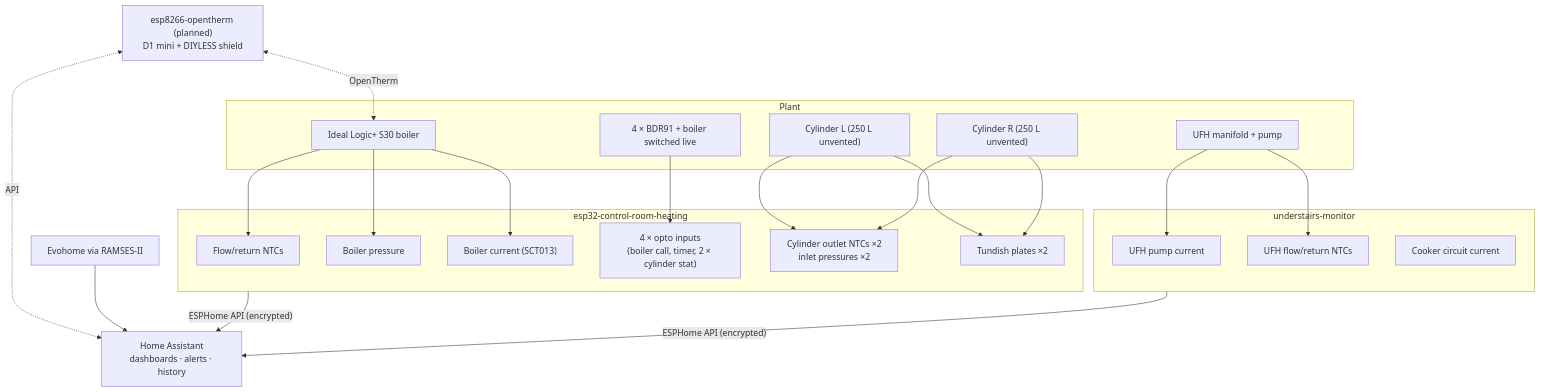
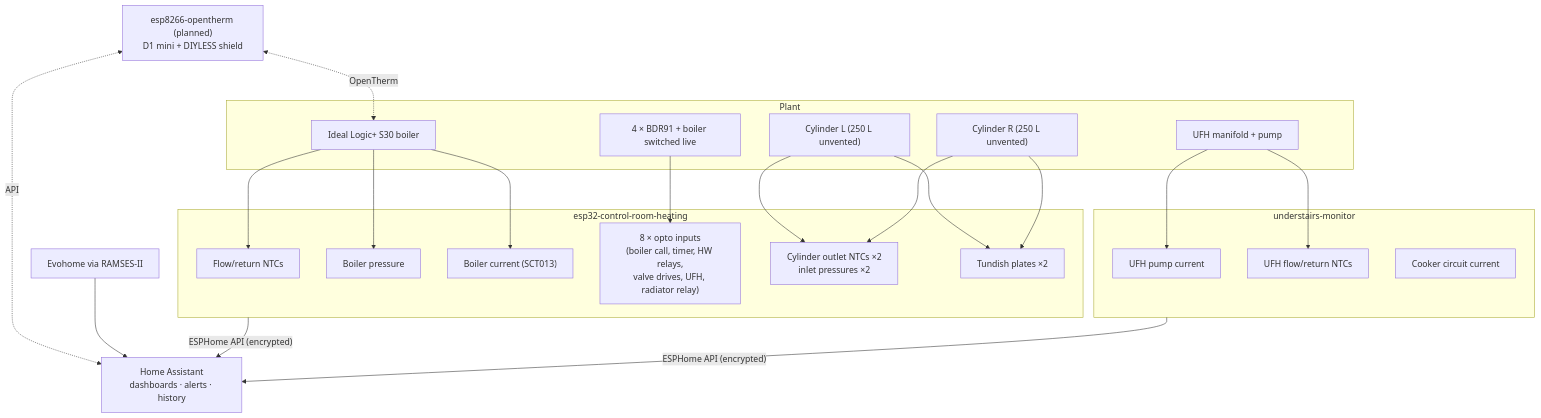
The diagram in README.md (the-control-cabinet/heating-plant-monitoring-esphome), drawn with Mermaid before and after one commit. The commit also changed other lines of this file and 7 other files, not shown here.

Commit message:
Batch 2: gateway RF stall investigation and watchdog, opto board 8 inputs and tray v2, NTC filters, F1 evidence, ESPHome 2026.10.2, AiMesh records

````diff
--- a/README.md
+++ b/README.md
@@ -49,31 +49,31 @@
 ```mermaid
 flowchart TB
     subgraph PLANT["Plant"]
         B["Ideal Logic+ S30 boiler"]
         C1["Cylinder L (250 L unvented)"]
         C2["Cylinder R (250 L unvented)"]
         UFH["UFH manifold + pump"]
         BDR["4 × BDR91 + boiler switched live"]
     end
     subgraph CR["esp32-control-room-heating"]
         T["Flow/return NTCs"]
         P["Boiler pressure"]
         I["Boiler current (SCT013)"]
-        O["4 × opto inputs<br/>(boiler call, timer, 2 × cylinder stat)"]
+        O["8 × opto inputs<br/>(boiler call, timer, HW relays,<br/>valve drives, UFH, radiator relay)"]
         DH["Cylinder outlet NTCs ×2<br/>inlet pressures ×2"]
         TD["Tundish plates ×2"]
     end
     subgraph US["understairs-monitor"]
         UP["UFH pump current"]
         UT["UFH flow/return NTCs"]
         CK["Cooker circuit current"]
     end
     B --> T & P & I
     BDR --> O
     C1 & C2 --> DH & TD
     UFH --> UP & UT
     CR & US -->|"ESPHome API (encrypted)"| HA["Home Assistant<br/>dashboards · alerts · history"]
     OT["esp8266-opentherm (planned)<br/>D1 mini + DIYLESS shield"] <-.->|"OpenTherm"| B
     OT <-.->|"API"| HA
     EVO["Evohome via RAMSES-II"] --> HA
 ```
````
